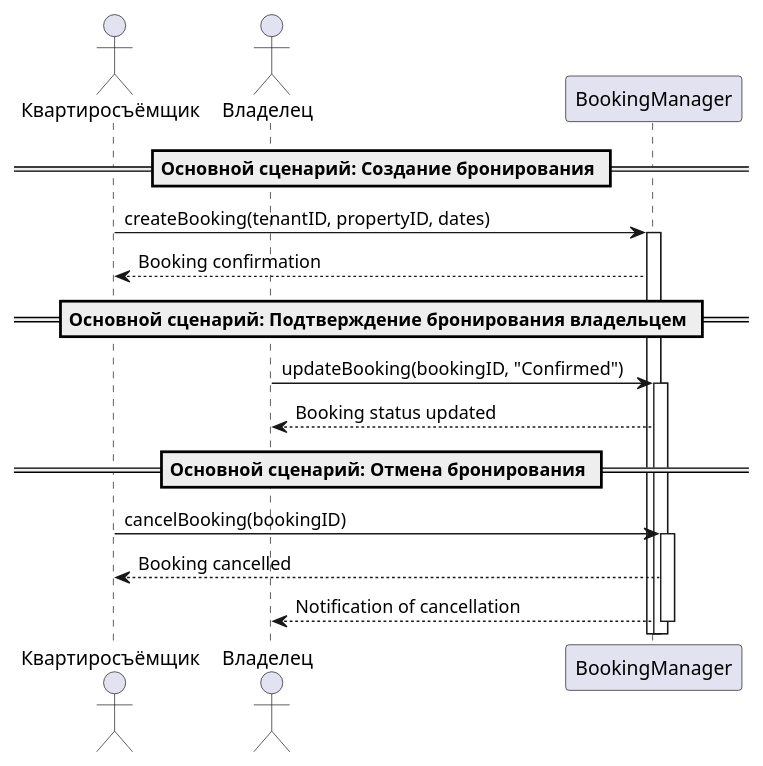
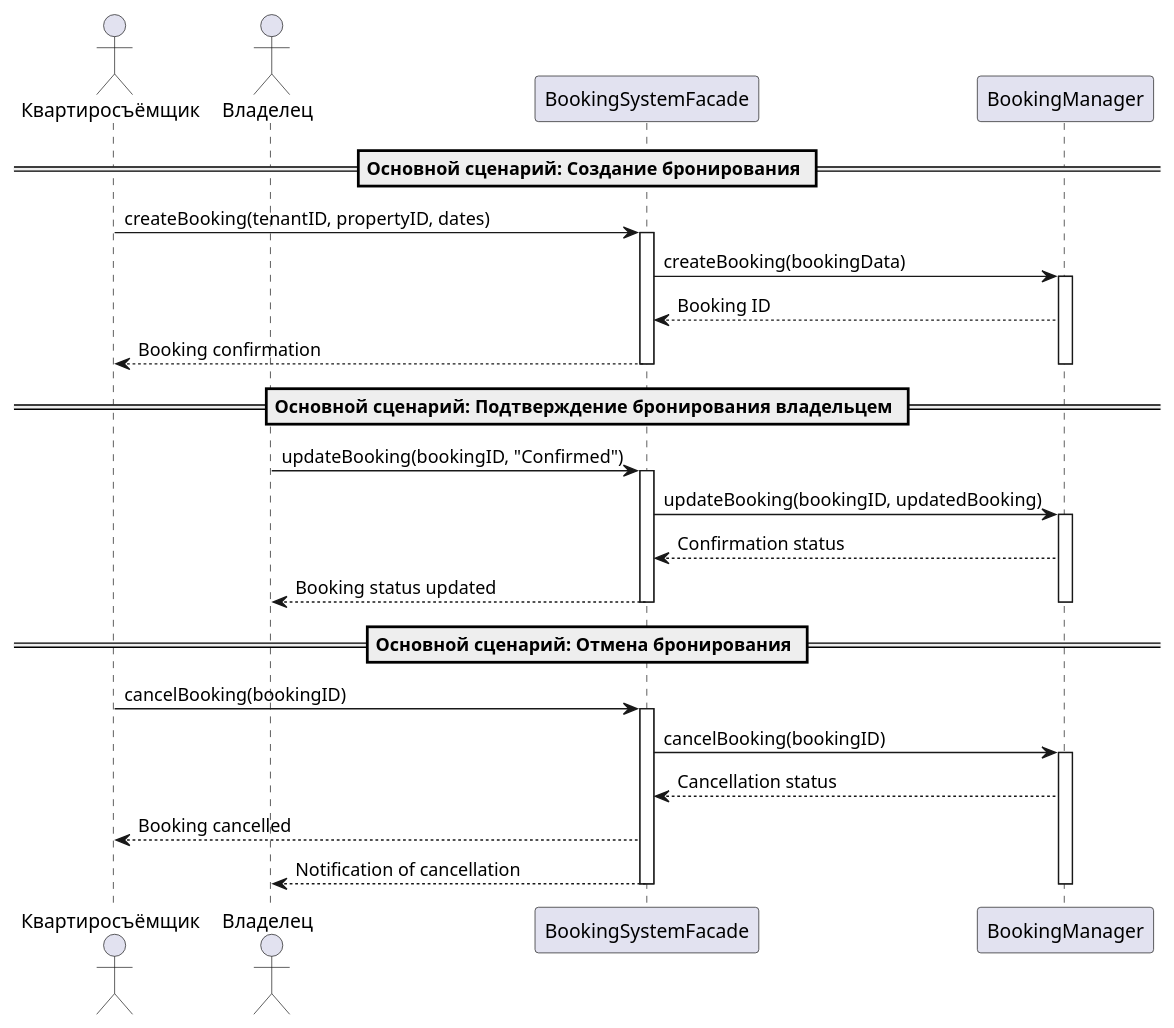
Before and after one commit to penamarth/bsbo-01-22_team4_var8: the diagram in precedents/BookingManagement/BookingManagementSequenceDiagramm.md, drawn with PlantUML. The commit also changed 2 other files, not shown here.

Commit message:
updated some diagrams

````diff
--- a/precedents/BookingManagement/BookingManagementSequenceDiagramm.md
+++ b/precedents/BookingManagement/BookingManagementSequenceDiagramm.md
@@ -2,30 +2,47 @@
 ```plantuml
 @startuml
 
 actor "Квартиросъёмщик" as Tenant
 actor "Владелец" as Owner
+participant "BookingSystemFacade" as Facade
 participant "BookingManager" as Manager
 
 == Основной сценарий: Создание бронирования ==
 
-Tenant -> Manager : createBooking(tenantID, propertyID, dates)
+Tenant -> Facade : createBooking(tenantID, propertyID, dates)
+activate Facade
+Facade -> Manager : createBooking(bookingData)
 activate Manager
-Manager --> Tenant : Booking confirmation
+Manager --> Facade : Booking ID
+Facade --> Tenant : Booking confirmation
+
+deactivate Manager
+deactivate Facade
 
 == Основной сценарий: Подтверждение бронирования владельцем ==
 
-Owner -> Manager : updateBooking(bookingID, "Confirmed")
+Owner -> Facade : updateBooking(bookingID, "Confirmed")
+activate Facade
+Facade -> Manager : updateBooking(bookingID, updatedBooking)
 activate Manager
-Manager --> Owner : Booking status updated
+Manager --> Facade : Confirmation status
+Facade --> Owner : Booking status updated
+
+deactivate Manager
+deactivate Facade
 
 == Основной сценарий: Отмена бронирования ==
 
-Tenant -> Manager : cancelBooking(bookingID)
+Tenant -> Facade : cancelBooking(bookingID)
+activate Facade
+Facade -> Manager : cancelBooking(bookingID)
 activate Manager
-Manager --> Tenant : Booking cancelled
-Manager --> Owner : Notification of cancellation
+Manager --> Facade : Cancellation status
+Facade --> Tenant : Booking cancelled
+Facade --> Owner : Notification of cancellation
 
 deactivate Manager
+deactivate Facade
 
 @enduml
 ```
````
